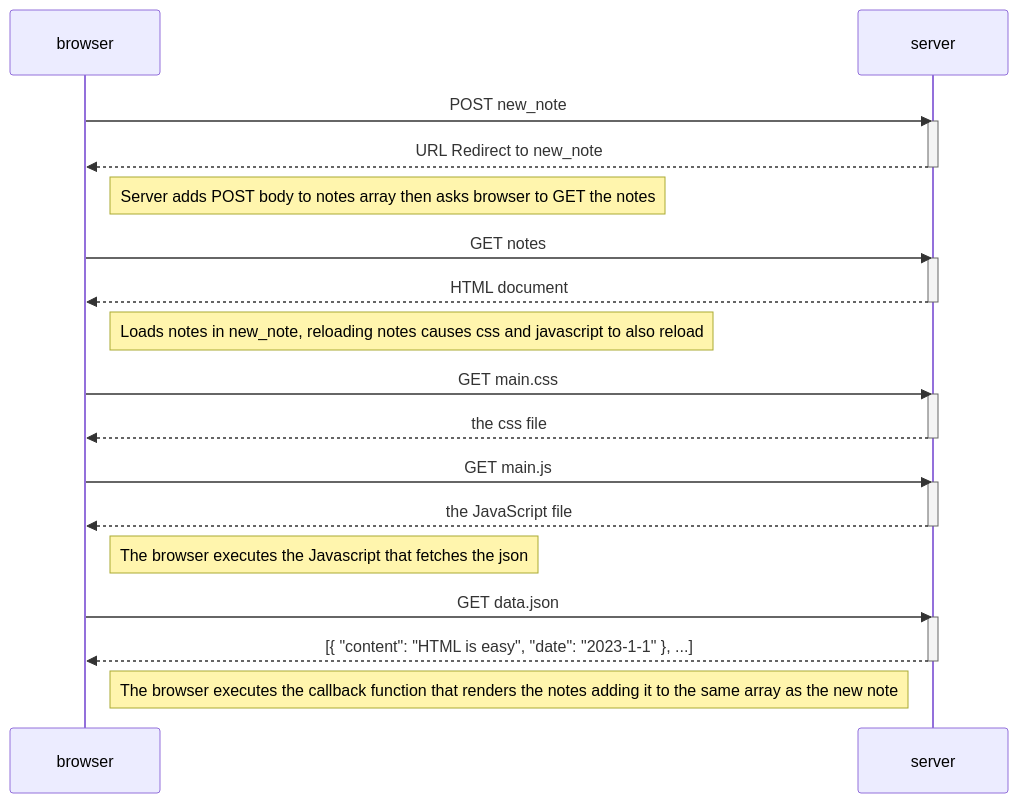
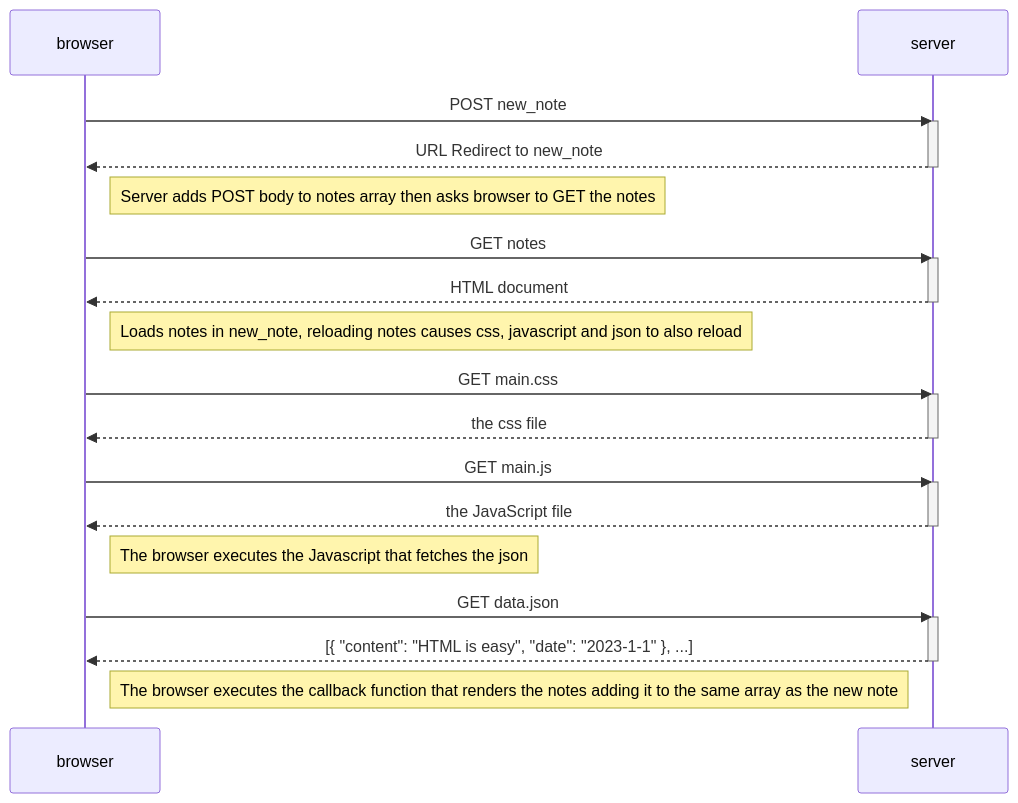
Before and after one commit to vanrobb/FullStackOpen: the diagram in part0/04.md, drawn with Mermaid. The commit also changed 1 other file, not shown here.

Commit message:
Part 0 Complete

````diff
--- a/part0/04.md
+++ b/part0/04.md
@@ -1,38 +1,38 @@
 ```mermaid
     sequenceDiagram
     participant browser
     participant server
 
     browser->>server: POST new_note
     activate server
     server-->>browser: URL Redirect to new_note
     deactivate server
 
     Note right of browser: Server adds POST body to notes array then asks browser to GET the notes
 
     browser->>server: GET notes
     activate server
     server-->>browser: HTML document
     deactivate server
 
-    Note right of browser: Loads notes in new_note, reloading notes causes css and javascript to also reload
+    Note right of browser: Loads notes in new_note, reloading notes causes css, javascript and json to also reload
 
     browser->>server: GET main.css
     activate server
     server-->>browser: the css file
     deactivate server
 
     browser->>server: GET main.js
     activate server
     server-->>browser: the JavaScript file
     deactivate server
 
     Note right of browser: The browser executes the Javascript that fetches the json
 
     browser->>server: GET data.json
     activate server
     server-->>browser: [{ "content": "HTML is easy", "date": "2023-1-1" }, ...]
     deactivate server
 
     Note right of browser: The browser executes the callback function that renders the notes adding it to the same array as the new note
 ```
````
